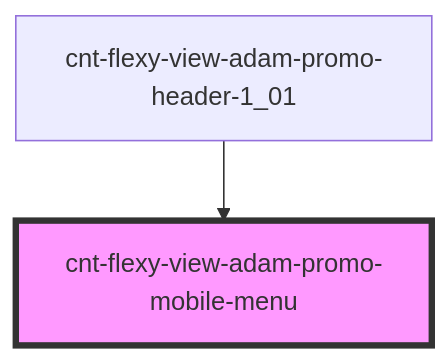
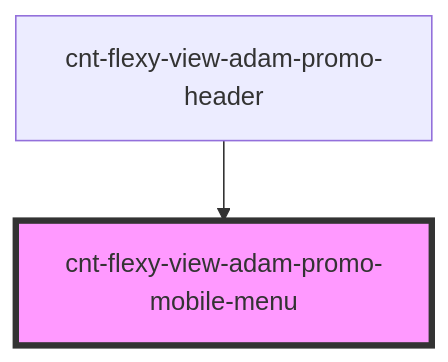
One commit to almalib/s-promo changed the diagram in src/components/cnt-flexy-view-adam-promo-header-wrapper/res/view/cnt-flexy-view-adam-promo-header/res/view/cnt-flexy-view-adam-promo-mobile-menu/readme.md. Above: the diagram before and after it, drawn with Mermaid. The commit also changed other lines of this file and 134 other files, not shown here.

````diff
--- a/src/components/cnt-flexy-view-adam-promo-header-wrapper/res/view/cnt-flexy-view-adam-promo-header/res/view/cnt-flexy-view-adam-promo-mobile-menu/readme.md
+++ b/src/components/cnt-flexy-view-adam-promo-header-wrapper/res/view/cnt-flexy-view-adam-promo-header/res/view/cnt-flexy-view-adam-promo-mobile-menu/readme.md
@@ -29,5 +29,5 @@
 ```mermaid
 graph TD;
-  cnt-flexy-view-adam-promo-header-1_01 --> cnt-flexy-view-adam-promo-mobile-menu
+  cnt-flexy-view-adam-promo-header --> cnt-flexy-view-adam-promo-mobile-menu
   style cnt-flexy-view-adam-promo-mobile-menu fill:#f9f,stroke:#333,stroke-width:4px
 ```
````
